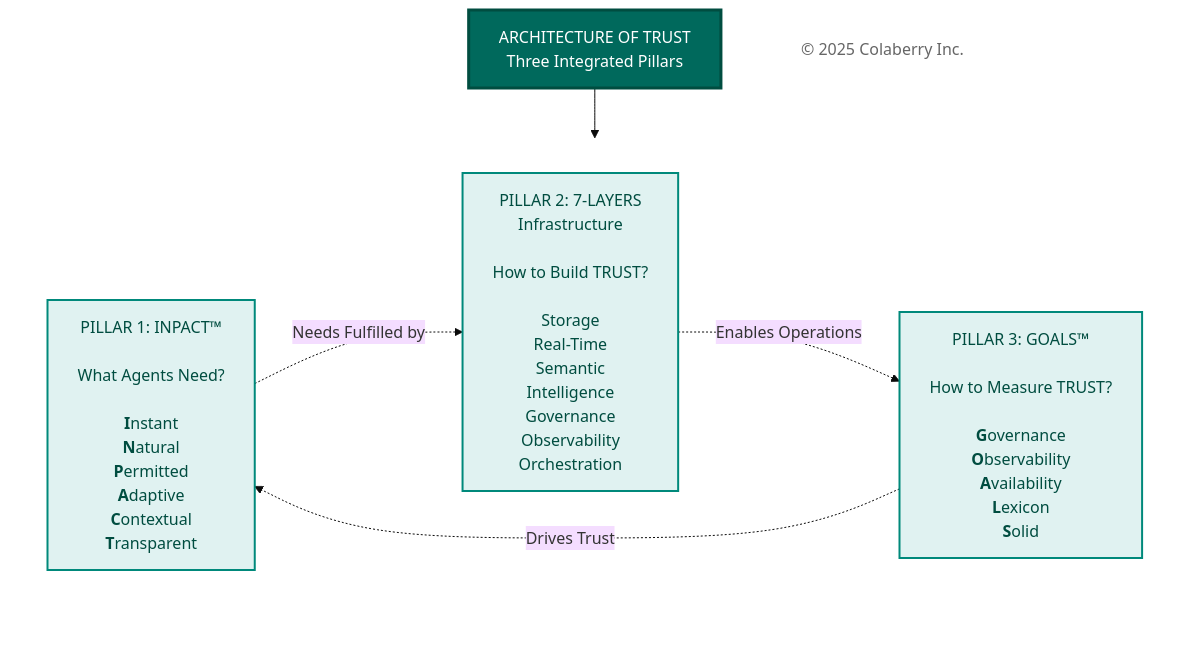
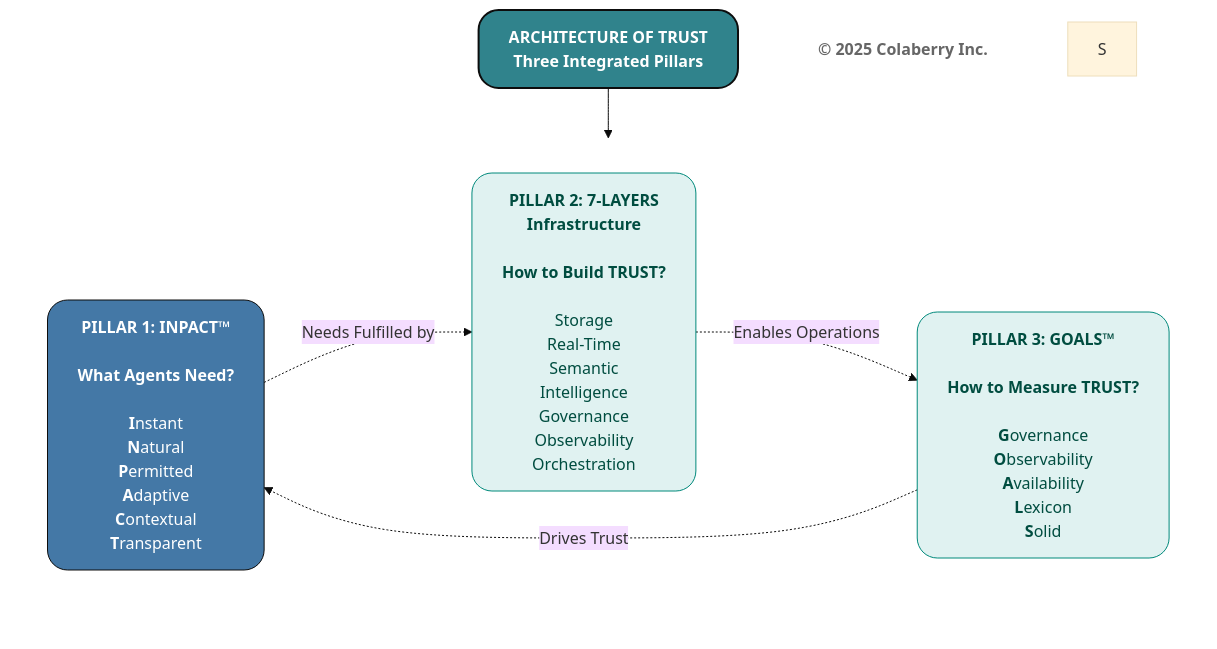
Before and after one commit to saitejesh-cyber/trust-before-intelligence-book: the fourth of 4 diagrams in manuscript/01_chapter_0_trust_before_intelligence.md, drawn with Mermaid (base theme). The commit also changed other lines of this file, not shown here.

Commit message:
Option1: Updated mermaid diagrams based on new colaberry color code

````diff
--- a/manuscript/01_chapter_0_trust_before_intelligence.md
+++ b/manuscript/01_chapter_0_trust_before_intelligence.md
@@ -331,30 +331,30 @@
 ```mermaid
 
 graph TB
-    Title["ARCHITECTURE OF TRUST<br/>Three Integrated Pillars"]
+    Title["<b>ARCHITECTURE OF TRUST</b><br/><b>Three Integrated Pillars</b>"]
     
     subgraph PILLARS[" "]
         direction LR
-        INPACT["PILLAR 1: INPACT™<br/><br/>What Agents Need?<br/><br/><b>I</b>nstant<br/><b>N</b>atural<br/><b>P</b>ermitted<br/><b>A</b>daptive<br/><b>C</b>ontextual<br/><b>T</b>ransparent"]
+        INPACT["<b>PILLAR 1: INPACT™</b><br/><br/><b>What Agents Need?</b><br/><br/><b>I</b>nstant<br/><b>N</b>atural<br/><b>P</b>ermitted<br/><b>A</b>daptive<br/><b>C</b>ontextual<br/><b>T</b>ransparent"]
         
-        Layers["PILLAR 2: 7-LAYERS<br/>Infrastructure<br/><br/>How to Build TRUST?<br/><br/>Storage<br/>Real-Time<br/>Semantic<br/>Intelligence<br/>Governance<br/>Observability<br/>Orchestration"]
+        Layers["<b>PILLAR 2: 7-LAYERS</b><br/><b>Infrastructure</b><br/><br/><b>How to Build TRUST?</b><br/><br/>Storage<br/>Real-Time<br/>Semantic<br/>Intelligence<br/>Governance<br/>Observability<br/>Orchestration"]
         
-        GOALS["PILLAR 3: GOALS™<br/><br/>How to Measure TRUST?<br/><br/><b>G</b>overnance<br/><b>O</b>bservability<br/><b>A</b>vailability<br/><b>L</b>exicon<br/><b>S</b>olid"]
+        GOALS["<b>PILLAR 3: GOALS™</b><br/><br/><b>How to Measure TRUST?</b><br/><br/><b>G</b>overnance<br/><b>O</b>bservability<br/><b>A</b>vailability<br/><b>L</b>exicon<br/><b>S</b>olid"]
     end
     
-    Copyright["© 2025 Colaberry Inc."]
+    Copyright["<b>© 2025 Colaberry Inc.</b>"]
     
     Title --> PILLARS
     
     INPACT -.->|"Needs Fulfilled by"| Layers
     Layers -.->|"Enables Operations"| GOALS
     GOALS -.->|"Drives Trust"| INPACT
     
-    style Title fill:#00695c,color:#ffffff,stroke:#004d40,stroke-width:3px
+    style Title fill:#30838C,color:#ffffff,stroke:#0D0D0D,stroke-width:2px,rx:20,ry:20
     style PILLARS fill:none,stroke:none
-    style INPACT fill:#e0f2f1,stroke:#00897b,stroke-width:2px,color:#004d40
-    style Layers fill:#e0f2f1,stroke:#00897b,stroke-width:2px,color:#004d40
-    style GOALS fill:#e0f2f1,stroke:#00897b,stroke-width:2px,color:#004d40
+    style INPACT fill:#4478A6,stroke:#0D0D0D,stroke-width:1px,color:#ffffff,rx:20,ry:20
+    style Layers fill:#e0f2f1,stroke:#00897b,stroke-width:1px,color:#004d40,rx:20,ry:20
+    style GOALS fill:#e0f2f1,stroke:#00897b,stroke-width:1px,color:#004d40,rx:20,ry:20
     style Copyright fill:#ffffff,stroke:none,color:#666666
-
+S
 ```
````
